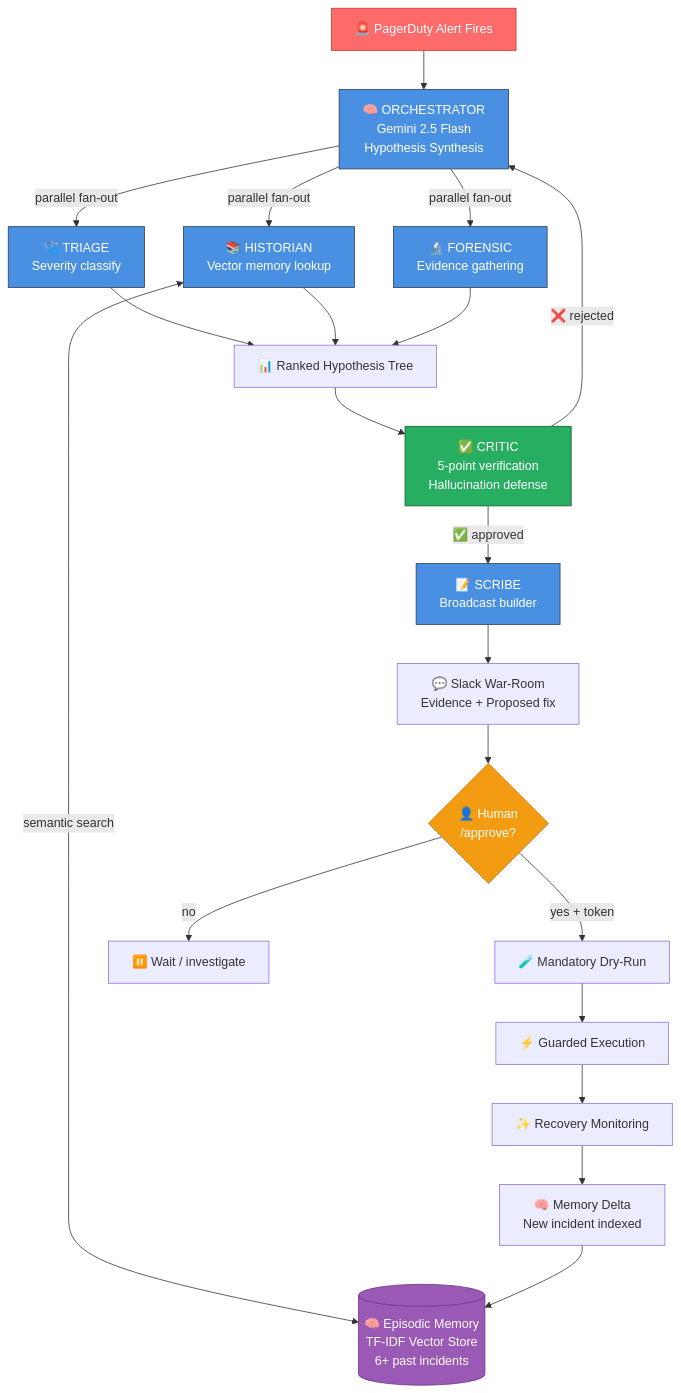
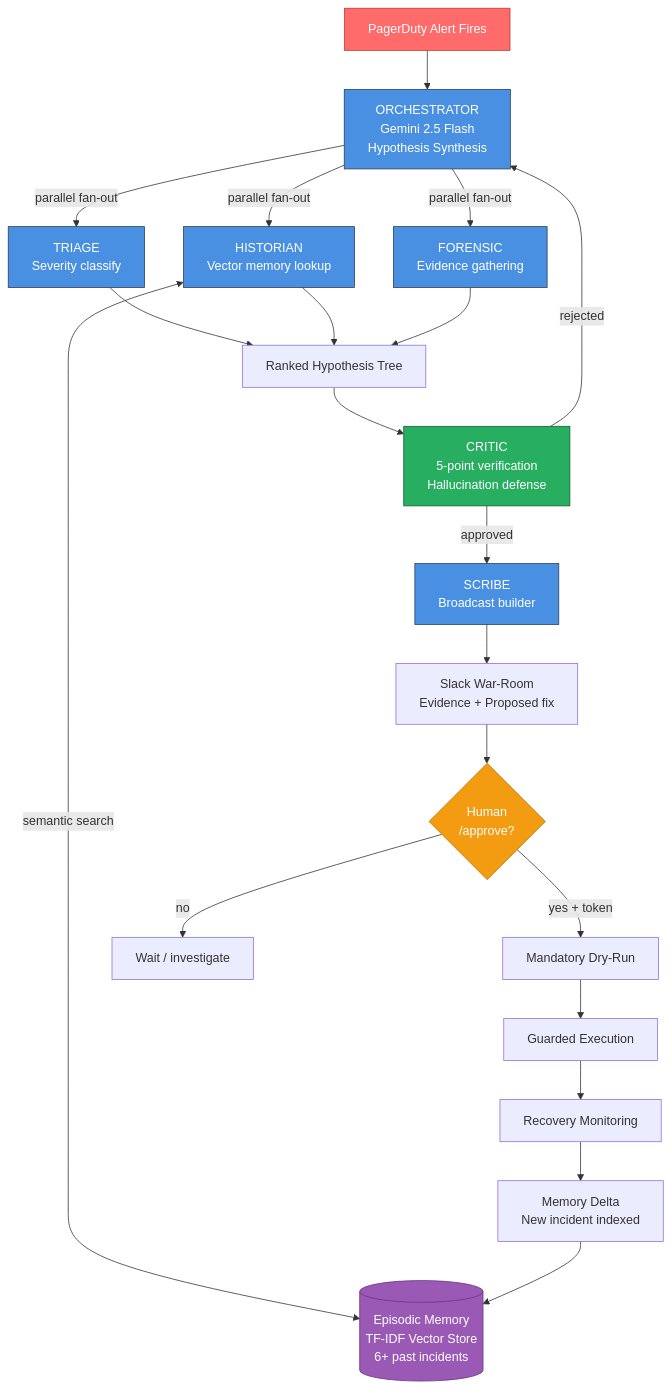
One commit to tanx1509/sentinel-incident-copilot changed the diagram in README.md. Above: the diagram before and after it, drawn with Mermaid. The commit also changed other lines of this file, not shown here.

````diff
--- a/README.md
+++ b/README.md
@@ -106,38 +106,38 @@
 ```mermaid
 flowchart TD
     classDef alert fill:#ff6b6b,stroke:#c0392b,color:#fff
     classDef agent fill:#4a90e2,stroke:#2c3e50,color:#fff
     classDef memory fill:#9b59b6,stroke:#6c3483,color:#fff
     classDef critic fill:#27ae60,stroke:#145a32,color:#fff
     classDef human fill:#f39c12,stroke:#b9770e,color:#fff
 
-    PD[🚨 PagerDuty Alert Fires]:::alert
-    PD --> ORCH[🧠 ORCHESTRATOR<br/>Gemini 2.5 Flash<br/>Hypothesis Synthesis]:::agent
+    PD[ PagerDuty Alert Fires]:::alert
+    PD --> ORCH[ ORCHESTRATOR<br/>Gemini 2.5 Flash<br/>Hypothesis Synthesis]:::agent
 
-    ORCH -->|parallel fan-out| TRIAGE[🩺 TRIAGE<br/>Severity classify]:::agent
-    ORCH -->|parallel fan-out| HIST[📚 HISTORIAN<br/>Vector memory lookup]:::agent
-    ORCH -->|parallel fan-out| FOR[🔬 FORENSIC<br/>Evidence gathering]:::agent
+    ORCH -->|parallel fan-out| TRIAGE[ TRIAGE<br/>Severity classify]:::agent
+    ORCH -->|parallel fan-out| HIST[ HISTORIAN<br/>Vector memory lookup]:::agent
+    ORCH -->|parallel fan-out| FOR[ FORENSIC<br/>Evidence gathering]:::agent
 
-    MEM[(🧠 Episodic Memory<br/>TF-IDF Vector Store<br/>6+ past incidents)]:::memory
+    MEM[( Episodic Memory<br/>TF-IDF Vector Store<br/>6+ past incidents)]:::memory
     HIST <-->|semantic search| MEM
 
-    TRIAGE --> SYN[📊 Ranked Hypothesis Tree]
+    TRIAGE --> SYN[ Ranked Hypothesis Tree]
     HIST --> SYN
     FOR --> SYN
 
-    SYN --> CRITIC[✅ CRITIC<br/>5-point verification<br/>Hallucination defense]:::critic
+    SYN --> CRITIC[ CRITIC<br/>5-point verification<br/>Hallucination defense]:::critic
 
-    CRITIC -->|❌ rejected| ORCH
-    CRITIC -->|✅ approved| SCRIBE[📝 SCRIBE<br/>Broadcast builder]:::agent
+    CRITIC -->| rejected| ORCH
+    CRITIC -->| approved| SCRIBE[ SCRIBE<br/>Broadcast builder]:::agent
 
-    SCRIBE --> SLACK[💬 Slack War-Room<br/>Evidence + Proposed fix]
-    SLACK --> HUMAN{👤 Human<br/>/approve?}:::human
+    SCRIBE --> SLACK[ Slack War-Room<br/>Evidence + Proposed fix]
+    SLACK --> HUMAN{ Human<br/>/approve?}:::human
 
-    HUMAN -->|yes + token| DRY[🧪 Mandatory Dry-Run]
-    DRY --> EXEC[⚡ Guarded Execution]
-    HUMAN -->|no| WAIT[⏸️ Wait / investigate]
+    HUMAN -->|yes + token| DRY[ Mandatory Dry-Run]
+    DRY --> EXEC[ Guarded Execution]
+    HUMAN -->|no| WAIT[ Wait / investigate]
 
-    EXEC --> RECOVER[✨ Recovery Monitoring]
-    RECOVER --> DELTA[🧠 Memory Delta<br/>New incident indexed]
+    EXEC --> RECOVER[ Recovery Monitoring]
+    RECOVER --> DELTA[ Memory Delta<br/>New incident indexed]
     DELTA --> MEM
 ```
````
